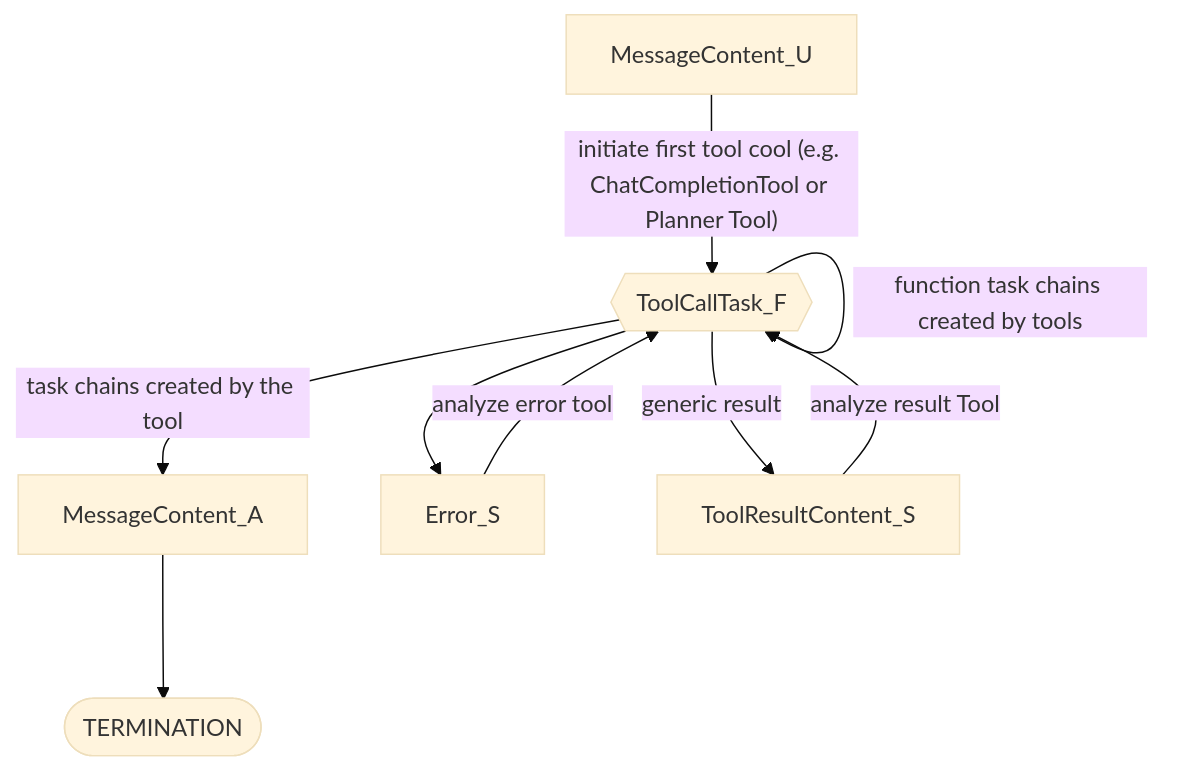
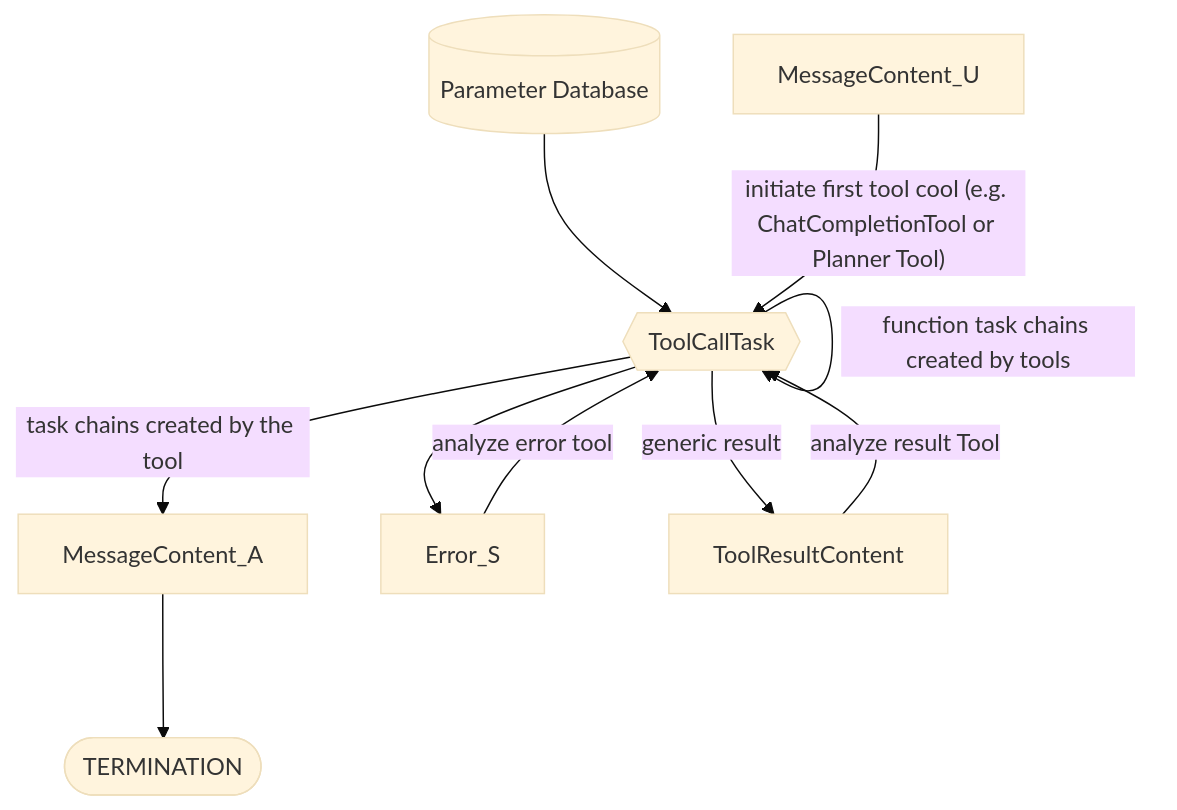
The second of 3 diagrams in public/docs/conversations/taskyon_description.md (Xyntopia/taskyon), drawn with Mermaid (base theme) before and after one commit. The commit also changed other lines of this file and 2 other files, not shown here.

Commit message:
- update our function graph in the docs... - update mermaid version

````diff
--- a/public/docs/conversations/taskyon_description.md
+++ b/public/docs/conversations/taskyon_description.md
@@ -112,20 +112,22 @@
 ```mermaid
 flowchart TD
     MessageContent_A[MessageContent_A]
     MessageContent_U[MessageContent_U]
+    ErrorContent[Error]
+    ToolCallContent{{ToolCallTask}}
     ErrorContent[Error_S]
-    ToolCallContent{{ToolCallTask_F}}
-    ErrorContent[Error_S]
-    ToolResultContent_S[ToolResultContent_S]
+    ToolResultContent[ToolResultContent]
     TERMINATION([TERMINATION])
 
+    PD@{ shape: cyl, label: "Parameter Database" }
+    PD --> ToolCallContent
 
     MessageContent_A --> TERMINATION
-    ToolCallContent -- generic result --> ToolResultContent_S
-    ToolResultContent_S -- analyze result Tool --> ToolCallContent
+    ToolCallContent -- generic result --> ToolResultContent
+    ToolResultContent -- analyze result Tool --> ToolCallContent
     ToolCallContent -- task chains created by the tool --> MessageContent_A
     ToolCallContent -- function task chains created by tools --> ToolCallContent
     ToolCallContent --> ErrorContent
     ErrorContent -- analyze error tool --> ToolCallContent
     MessageContent_U -- initiate first tool cool (e.g. ChatCompletionTool or Planner Tool) --> ToolCallContent
 ```
````
